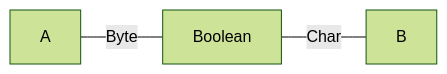
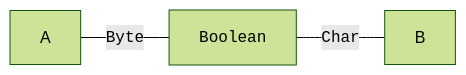
One commit to julianpeeters/polynomial changed the second of 3 diagrams in README.md. Above: the diagram before and after it, drawn with Mermaid (forest theme). The commit also changed other lines of this file and 2 other files, not shown here.

Commit message:
Update README for github mermaid rendering

````diff
--- a/README.md
+++ b/README.md
@@ -119,8 +119,8 @@
 ```mermaid
 graph LR;
-  A:::hidden---|Byte|S[Boolean]---|Char|B:::hidden;
+  A:::hidden---|<span style="font-family:Courier">Byte</span>|S[<span style="font-family:Courier">Boolean</span>]---|<span style="font-family:Courier">Char</span>|B:::hidden;
 
 classDef empty fill:background;
 classDef point width:0px, height:0px;
 classDef title stroke-width:0px, fill:background;
 ```
````
